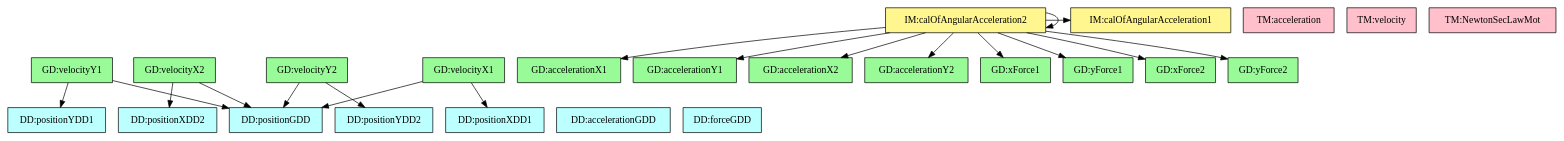
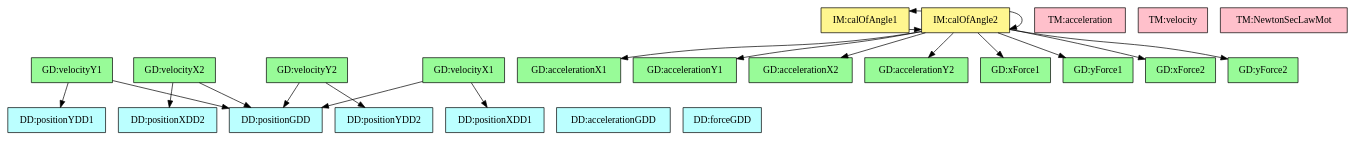
Before and after one commit to JacquesCarette/Drasil: the diagram in code/stable/dblpend/TraceyGraph/refvsref.dot, drawn with Graphviz. The commit also changed 13 other files, not shown here.

```diff
--- a/code/stable/dblpend/TraceyGraph/refvsref.dot
+++ b/code/stable/dblpend/TraceyGraph/refvsref.dot
@@ -1,70 +1,71 @@
 digraph refvsref {
 	v_x1 -> velocity;
 	v_x1 -> p_x1;
 	v_y1 -> velocity;
 	v_y1 -> p_y1;
 	v_x2 -> velocity;
 	v_x2 -> p_x2;
 	v_y2 -> velocity;
 	v_y2 -> p_y2;
-	angularAccelerationIM2 -> a_x1;
-	angularAccelerationIM2 -> a_y1;
-	angularAccelerationIM2 -> a_x2;
-	angularAccelerationIM2 -> a_y2;
-	angularAccelerationIM2 -> xForce1;
-	angularAccelerationIM2 -> yForce1;
-	angularAccelerationIM2 -> xForce2;
-	angularAccelerationIM2 -> yForce2;
-	angularAccelerationIM2 -> angularAccelerationIM1;
-	angularAccelerationIM2 -> angularAccelerationIM2;
+	angleerationIM1 -> angleerationIM2;
+	angleerationIM2 -> a_x1;
+	angleerationIM2 -> a_y1;
+	angleerationIM2 -> a_x2;
+	angleerationIM2 -> a_y2;
+	angleerationIM2 -> xForce1;
+	angleerationIM2 -> yForce1;
+	angleerationIM2 -> xForce2;
+	angleerationIM2 -> yForce2;
+	angleerationIM2 -> angleerationIM1;
+	angleerationIM2 -> angleerationIM2;
 
 
 	velocity	[shape=box, color=black, style=filled, fillcolor=paleturquoise1, label="DD:positionGDD"];
 	p_x1	[shape=box, color=black, style=filled, fillcolor=paleturquoise1, label="DD:positionXDD1"];
 	p_y1	[shape=box, color=black, style=filled, fillcolor=paleturquoise1, label="DD:positionYDD1"];
 	p_x2	[shape=box, color=black, style=filled, fillcolor=paleturquoise1, label="DD:positionXDD2"];
 	p_y2	[shape=box, color=black, style=filled, fillcolor=paleturquoise1, label="DD:positionYDD2"];
 	acceleration	[shape=box, color=black, style=filled, fillcolor=paleturquoise1, label="DD:accelerationGDD"];
 	force	[shape=box, color=black, style=filled, fillcolor=paleturquoise1, label="DD:forceGDD"];
 
 	subgraph DD {
 	rank="same"
 	{velocity, p_x1, p_y1, p_x2, p_y2, acceleration, force}
 	}
 
 	accelerationTM	[shape=box, color=black, style=filled, fillcolor=pink, label="TM:acceleration"];
 	velocityTM	[shape=box, color=black, style=filled, fillcolor=pink, label="TM:velocity"];
 	newtonSL	[shape=box, color=black, style=filled, fillcolor=pink, label="TM:NewtonSecLawMot"];
 
 	subgraph TM {
 	rank="same"
 	{accelerationTM, velocityTM, newtonSL}
 	}
 
 	v_x1	[shape=box, color=black, style=filled, fillcolor=palegreen, label="GD:velocityX1"];
 	v_y1	[shape=box, color=black, style=filled, fillcolor=palegreen, label="GD:velocityY1"];
 	v_x2	[shape=box, color=black, style=filled, fillcolor=palegreen, label="GD:velocityX2"];
 	v_y2	[shape=box, color=black, style=filled, fillcolor=palegreen, label="GD:velocityY2"];
 	a_x1	[shape=box, color=black, style=filled, fillcolor=palegreen, label="GD:accelerationX1"];
 	a_y1	[shape=box, color=black, style=filled, fillcolor=palegreen, label="GD:accelerationY1"];
 	a_x2	[shape=box, color=black, style=filled, fillcolor=palegreen, label="GD:accelerationX2"];
 	a_y2	[shape=box, color=black, style=filled, fillcolor=palegreen, label="GD:accelerationY2"];
 	xForce1	[shape=box, color=black, style=filled, fillcolor=palegreen, label="GD:xForce1"];
 	yForce1	[shape=box, color=black, style=filled, fillcolor=palegreen, label="GD:yForce1"];
 	xForce2	[shape=box, color=black, style=filled, fillcolor=palegreen, label="GD:xForce2"];
 	yForce2	[shape=box, color=black, style=filled, fillcolor=palegreen, label="GD:yForce2"];
 
 	subgraph GD {
 	rank="same"
 	{v_x1, v_y1, v_x2, v_y2, a_x1, a_y1, a_x2, a_y2, xForce1, yForce1, xForce2, yForce2}
 	}
 
-	angularAccelerationIM1	[shape=box, color=black, style=filled, fillcolor=khaki1, label="IM:calOfAngularAcceleration1"];
-	angularAccelerationIM2	[shape=box, color=black, style=filled, fillcolor=khaki1, label="IM:calOfAngularAcceleration2"];
+	angleerationIM1	[shape=box, color=black, style=filled, fillcolor=khaki1, label="IM:calOfAngle1"];
+	angleerationIM2	[shape=box, color=black, style=filled, fillcolor=khaki1, label="IM:calOfAngle2"];
 
 	subgraph IM {
 	rank="same"
-	{angularAccelerationIM1, angularAccelerationIM2}
+	{angleerationIM1, angleerationIM2}
 	}
 
 }
```
